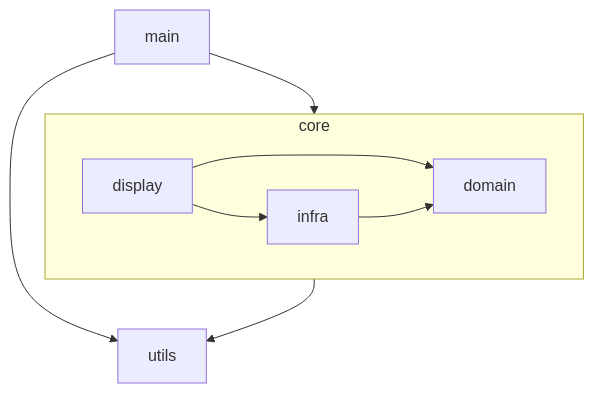
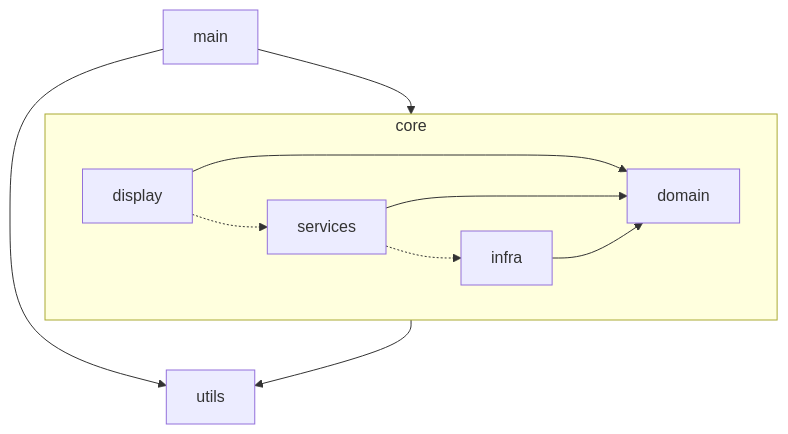
The first of 2 diagrams in DEVELOPMENT.md (joaomelo/calystone), drawn with Mermaid before and after one commit. The commit also changed other lines of this file, not shown here.

Commit message:
docs: more details about de architecture

````diff
--- a/DEVELOPMENT.md
+++ b/DEVELOPMENT.md
@@ -7,17 +7,20 @@
 ```mermaid
 graph TD
   main
   subgraph core
     direction LR
+    display
+    services
+    infra
     domain
-    display
-    infra
   end
   utils
   main --> core
   display --> domain
-  display --> infra
+  display -.-> services
+  services --> domain
+  services -.-> infra
   infra --> domain
   main --> utils
   core --> utils
 ```
````
